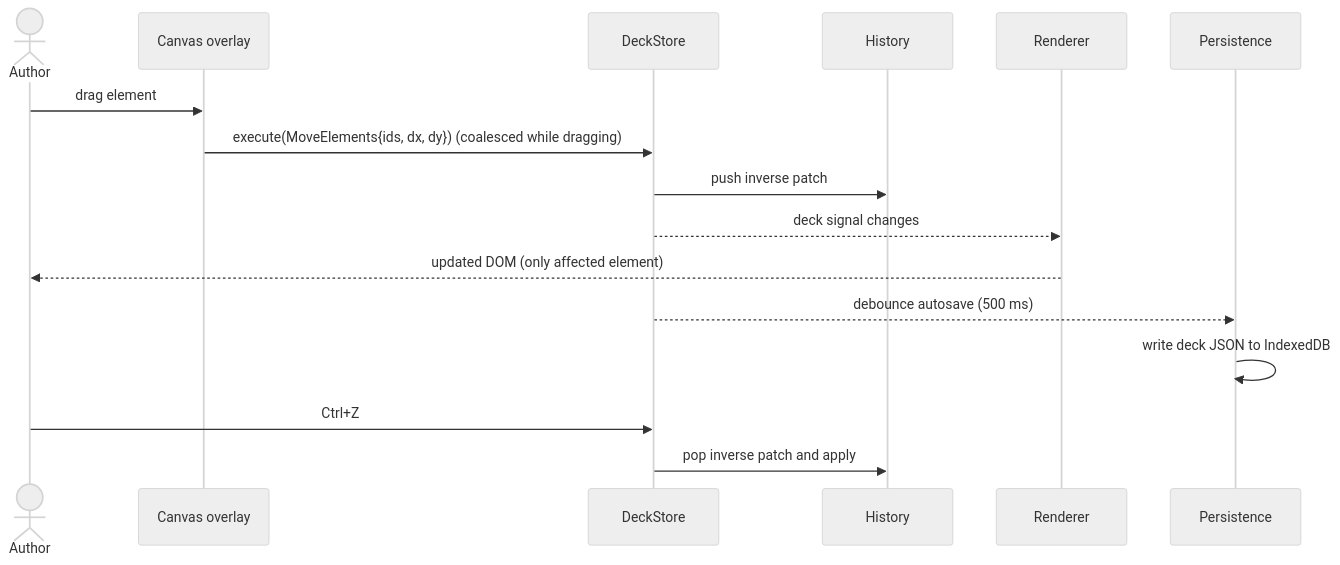
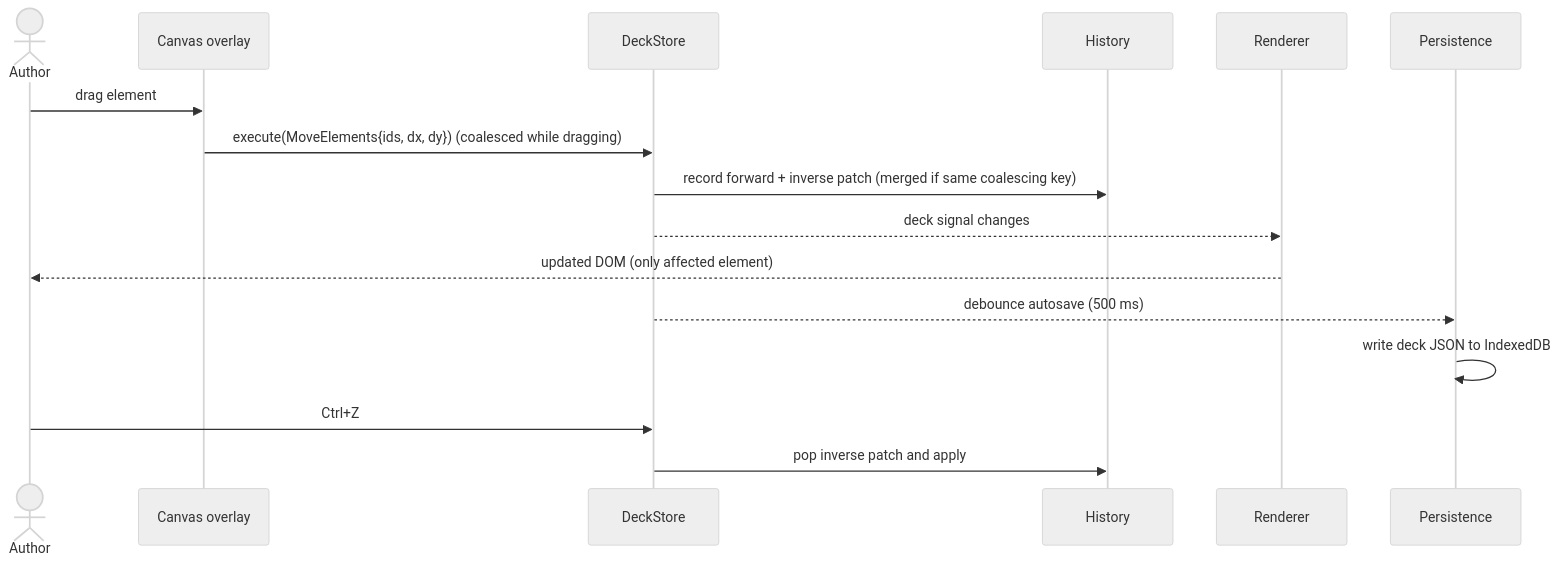
Before and after one commit to Gibb-y/decktech: the first of 4 diagrams in docs/arc42/06-runtime-view.md, drawn with Mermaid (neutral theme). The commit also changed 1 other file, not shown here.

Commit message:
Refine runtime view and glossary for history recording (DT-02)
Refs #2

````diff
--- a/docs/arc42/06-runtime-view.md
+++ b/docs/arc42/06-runtime-view.md
@@ -5,19 +5,19 @@
 ```mermaid
 sequenceDiagram
     actor U as Author
     participant C as Canvas overlay
     participant S as DeckStore
     participant H as History
     participant R as Renderer
     participant P as Persistence
 
     U->>C: drag element
     C->>S: execute(MoveElements{ids, dx, dy}) (coalesced while dragging)
-    S->>H: push inverse patch
+    S->>H: record forward + inverse patch (merged if same coalescing key)
     S-->>R: deck signal changes
     R-->>U: updated DOM (only affected element)
     S-->>P: debounce autosave (500 ms)
     P->>P: write deck JSON to IndexedDB
     U->>S: Ctrl+Z
     S->>H: pop inverse patch and apply
 ```
````
